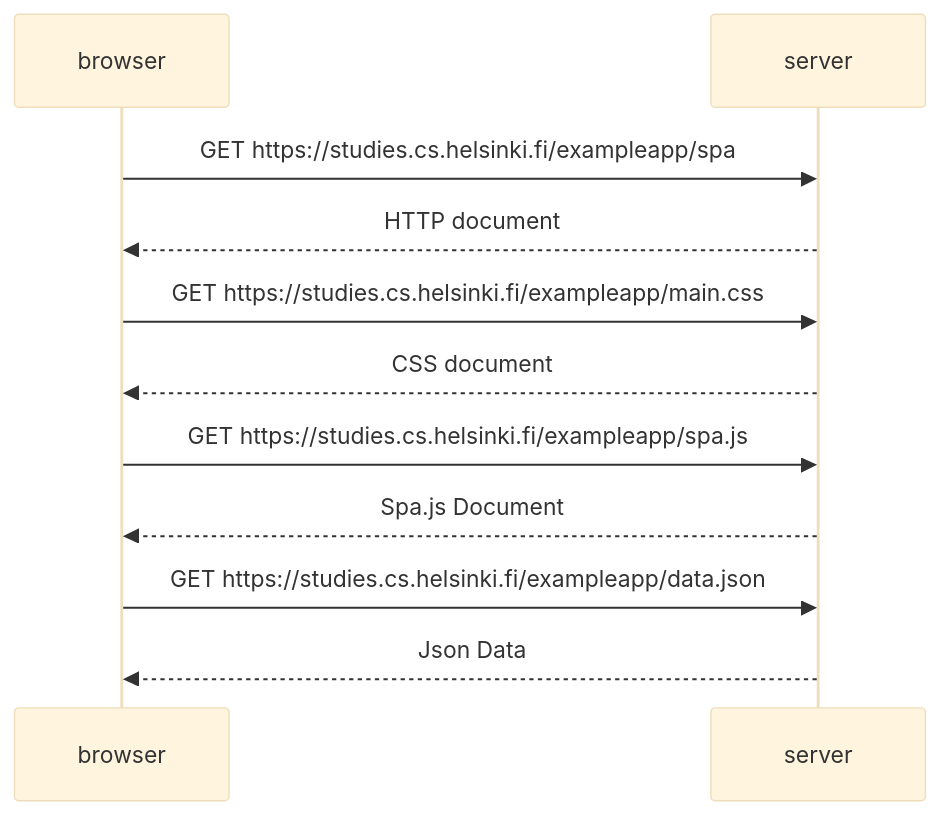
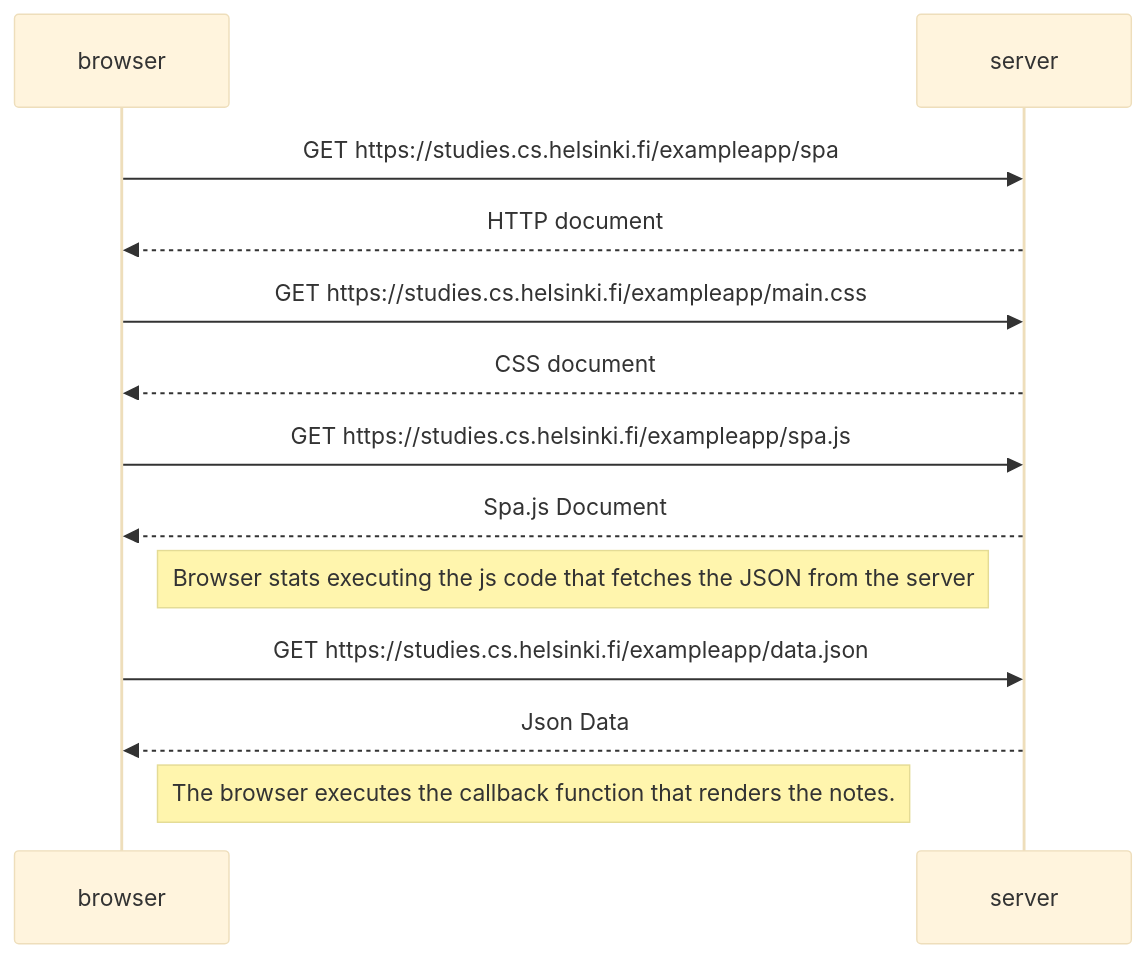
Before and after one commit to JusticeSwann/Fullstack-Open-Course: the diagram in Part 0/exercise0.5.md, drawn with Mermaid (base theme). The commit also changed 1 other file, not shown here.

Commit message:
updated exercise 0.5, added exercise 0.6

````diff
--- a/Part 0/exercise0.5.md
+++ b/Part 0/exercise0.5.md
@@ -3,18 +3,20 @@
 ```mermaid
 sequenceDiagram
     participant browser
     participant server
 
     browser ->> server: GET https://studies.cs.helsinki.fi/exampleapp/spa
     server -->> browser: HTTP document
 
     browser ->> server: GET https://studies.cs.helsinki.fi/exampleapp/main.css
     server -->> browser: CSS document
 
     browser ->> server: GET https://studies.cs.helsinki.fi/exampleapp/spa.js
     server -->> browser: Spa.js Document
+    Note right of browser: Browser stats executing the js code that fetches the JSON from the server
 
     browser ->> server: GET https://studies.cs.helsinki.fi/exampleapp/data.json
     server -->> browser: Json Data
+    Note right of browser: The browser executes the callback function that renders the notes.
 
 ```
````
